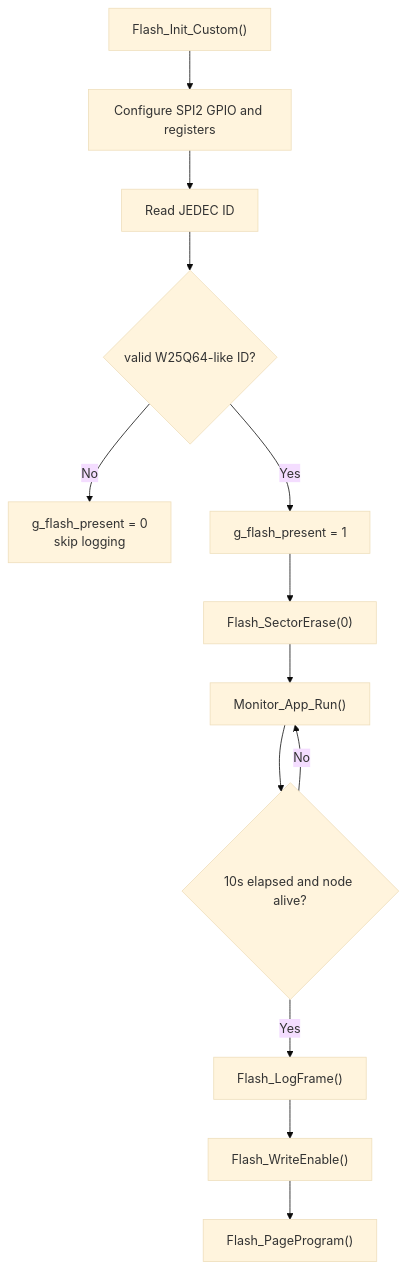
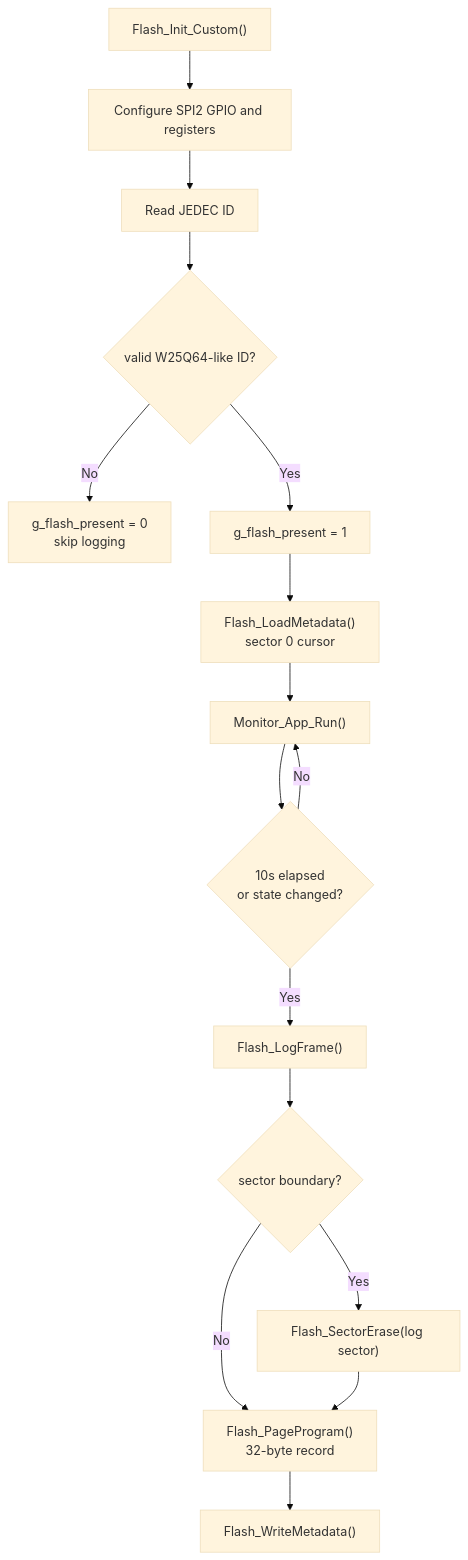
One commit to Cusnd/dual-stm32-safety-monitor changed diagram 12 of 14 in docs/FUNCTION_DESIGN_WALKTHROUGH.zh-CN.md. Above: the diagram before and after it, drawn with Mermaid (base theme). The commit also changed other lines of this file and 72 other files, not shown here.

````diff
--- a/docs/FUNCTION_DESIGN_WALKTHROUGH.zh-CN.md
+++ b/docs/FUNCTION_DESIGN_WALKTHROUGH.zh-CN.md
@@ -405,15 +404,18 @@
 ```mermaid
 flowchart TD
   I["Flash_Init_Custom()"] --> SPI["Configure SPI2 GPIO and registers"]
   SPI --> ID["Read JEDEC ID"]
   ID --> OK{"valid W25Q64-like ID?"}
   OK -->|"No"| OFF["g_flash_present = 0\nskip logging"]
   OK -->|"Yes"| ON["g_flash_present = 1"]
-  ON --> ERASE["Flash_SectorErase(0)"]
-  ERASE --> RUN["Monitor_App_Run()"]
-  RUN --> LOG{"10s elapsed and node alive?"}
+  ON --> META["Flash_LoadMetadata()\nsector 0 cursor"]
+  META --> RUN["Monitor_App_Run()"]
+  RUN --> LOG{"10s elapsed\nor state changed?"}
   LOG -->|"Yes"| REC["Flash_LogFrame()"]
-  REC --> WE["Flash_WriteEnable()"]
-  WE --> PP["Flash_PageProgram()"]
+  REC --> WRAP{"sector boundary?"}
+  WRAP -->|"Yes"| ERASE["Flash_SectorErase(log sector)"]
+  WRAP -->|"No"| PP
+  ERASE --> PP["Flash_PageProgram()\n32-byte record"]
+  PP --> META2["Flash_WriteMetadata()"]
   LOG -->|"No"| RUN
 ```
````
